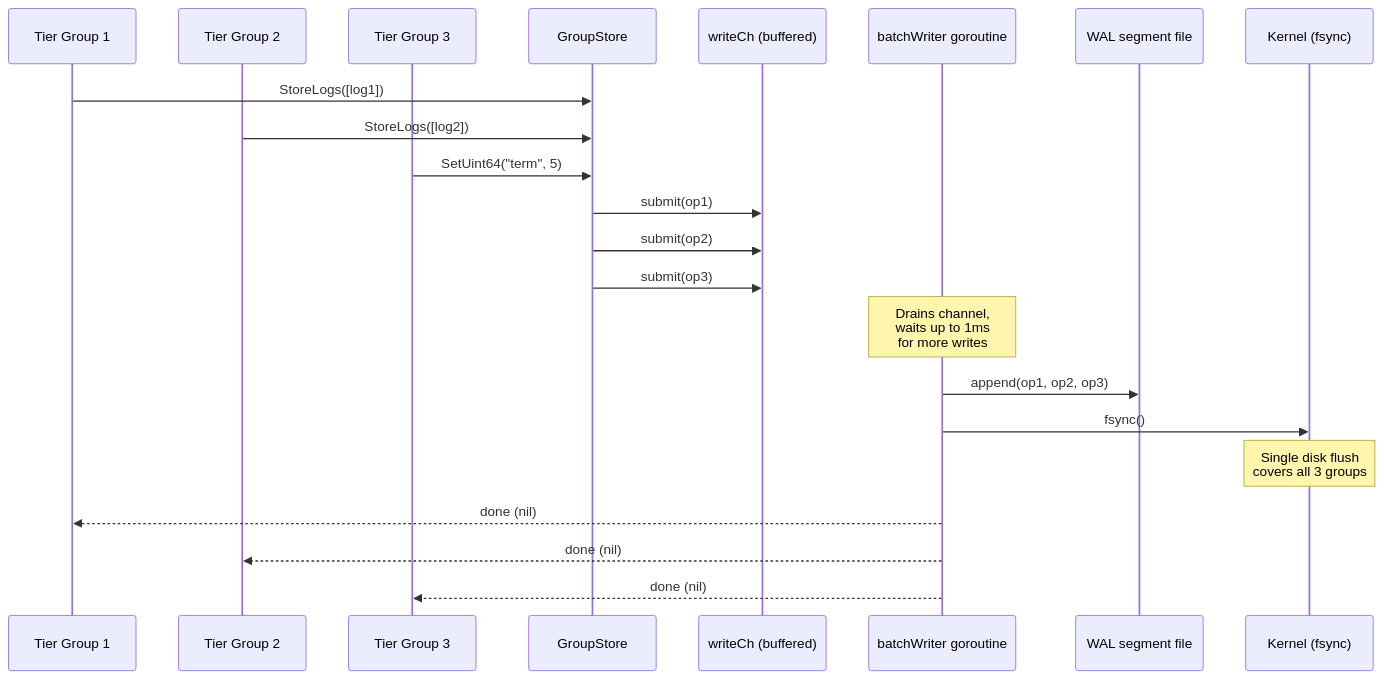
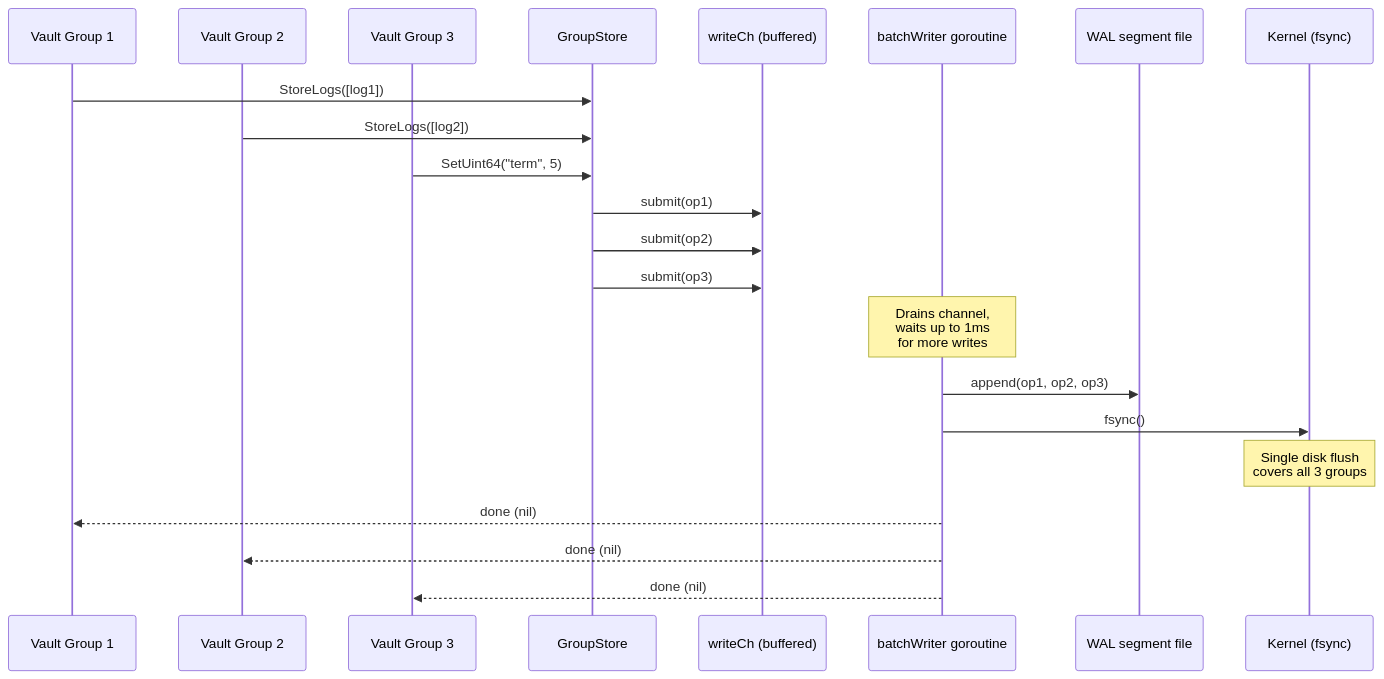
Before and after one commit to kluzzebass/gastrolog: the first of 6 diagrams in backend/internal/raftwal/README.md, drawn with Mermaid. The commit also changed 98 other files, not shown here.

````diff
--- a/backend/internal/raftwal/README.md
+++ b/backend/internal/raftwal/README.md
@@ -45,30 +45,30 @@
 ```mermaid
 sequenceDiagram
-    participant G1 as Tier Group 1
-    participant G2 as Tier Group 2
-    participant G3 as Tier Group 3
+    participant G1 as Vault Group 1
+    participant G2 as Vault Group 2
+    participant G3 as Vault Group 3
     participant GS as GroupStore
     participant CH as writeCh (buffered)
     participant BW as batchWriter goroutine
     participant WAL as WAL segment file
     participant OS as Kernel (fsync)
 
     G1->>GS: StoreLogs([log1])
     G2->>GS: StoreLogs([log2])
     G3->>GS: SetUint64("term", 5)
 
     GS->>CH: submit(op1)
     GS->>CH: submit(op2)
     GS->>CH: submit(op3)
 
     Note over BW: Drains channel,<br/>waits up to 1ms<br/>for more writes
 
     BW->>WAL: append(op1, op2, op3)
     BW->>OS: fsync()
 
     Note over OS: Single disk flush<br/>covers all 3 groups
 
     BW-->>G1: done (nil)
     BW-->>G2: done (nil)
     BW-->>G3: done (nil)
 ```
````
